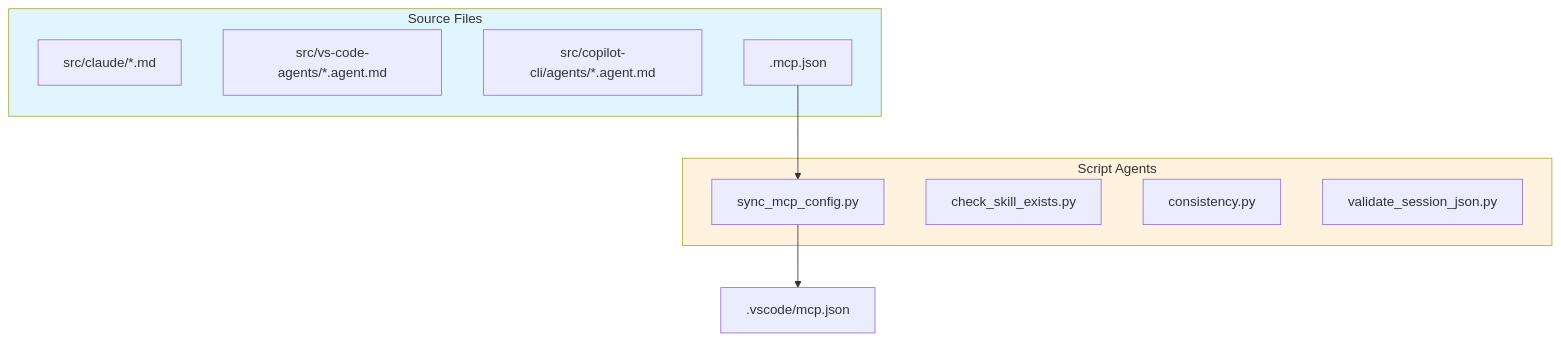
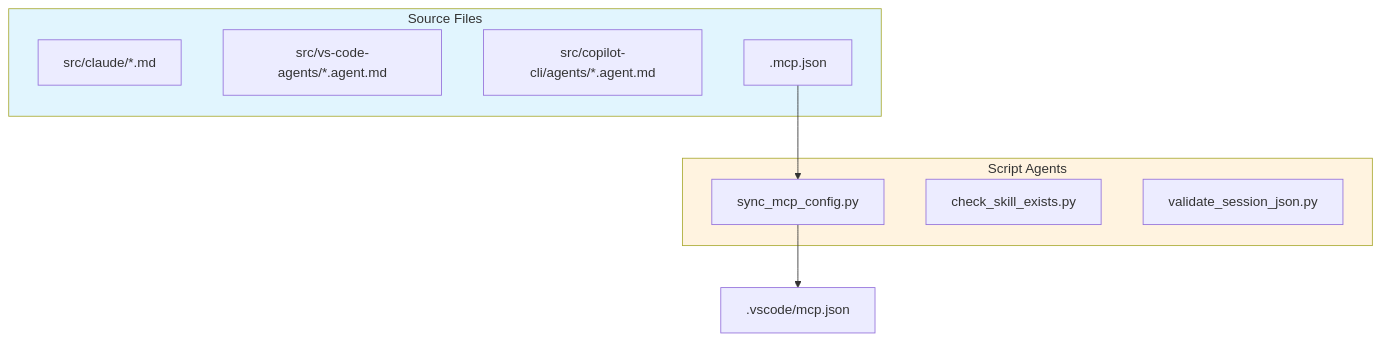
One commit to rjmurillo/ai-agents changed the diagram in scripts/AGENTS.md. Above: the diagram before and after it, drawn with Mermaid. The commit also changed other lines of this file and 3 other files, not shown here.

````diff
--- a/scripts/AGENTS.md
+++ b/scripts/AGENTS.md
@@ -148,22 +148,21 @@
 ```mermaid
 flowchart TD
     subgraph Sources["Source Files"]
         SC[src/claude/*.md]
         SV[src/vs-code-agents/*.agent.md]
         SCP[src/copilot-cli/agents/*.agent.md]
         MCP[.mcp.json]
     end
 
     subgraph Scripts["Script Agents"]
         SYN[sync_mcp_config.py]
         CHK[check_skill_exists.py]
-        VCS[consistency.py]
         VSP[validate_session_json.py]
     end
 
     MCP --> SYN
     SYN --> VSC[.vscode/mcp.json]
 
     style Sources fill:#e1f5fe
     style Scripts fill:#fff3e0
 ```
````
